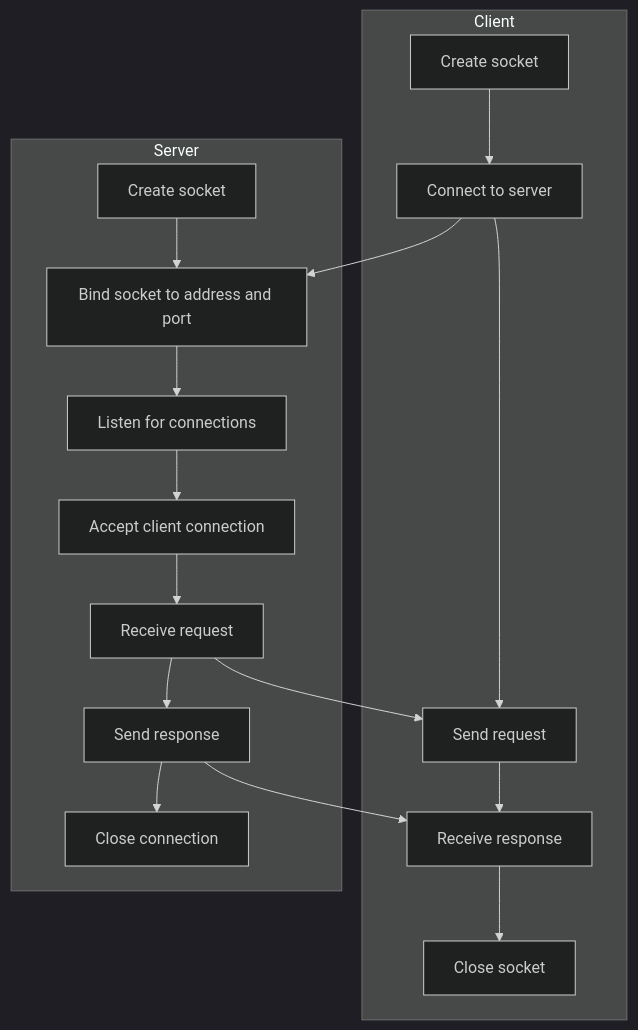
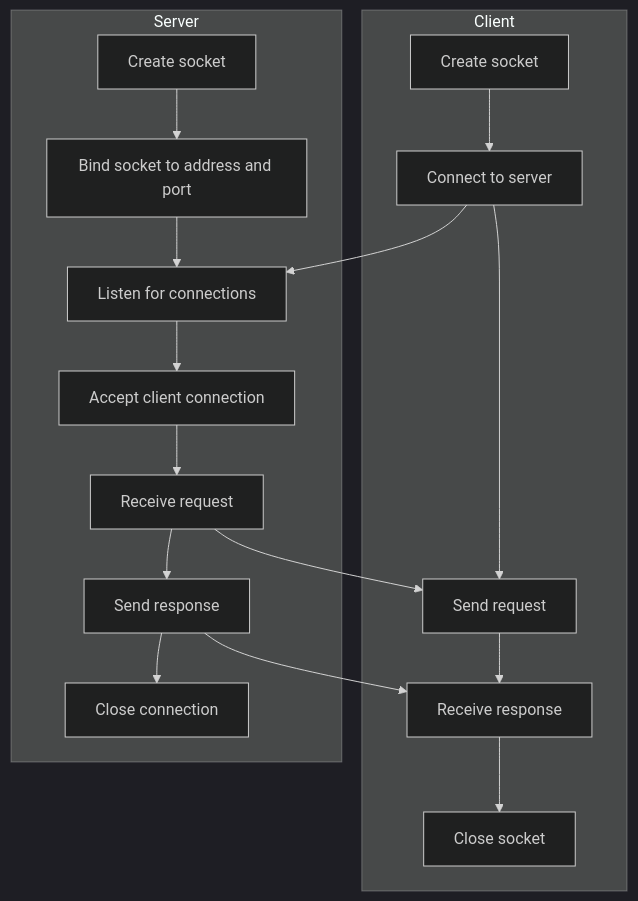
One commit to shawnteh1711/webserver changed the second of 4 diagrams in README.md. Above: the diagram before and after it, drawn with Mermaid (dark theme). The commit also changed other lines of this file, not shown here.

````diff
--- a/README.md
+++ b/README.md
@@ -80,24 +80,24 @@
 ```mermaid
 graph TD;
 
 subgraph Client
     A[Create socket] --> B[Connect to server]
     B --> C[Send request]
     C --> D[Receive response]
     D --> E[Close socket]
 end
 
 subgraph Server
     F[Create socket] --> G[Bind socket to address and port]
     G --> H[Listen for connections]
     H --> I[Accept client connection]
     I --> J[Receive request]
     J --> K[Send response]
     K --> L[Close connection]
 end
 
-B --> G;
+B --> H;
 J --> C;
 K --> D;
 
 ```
````
